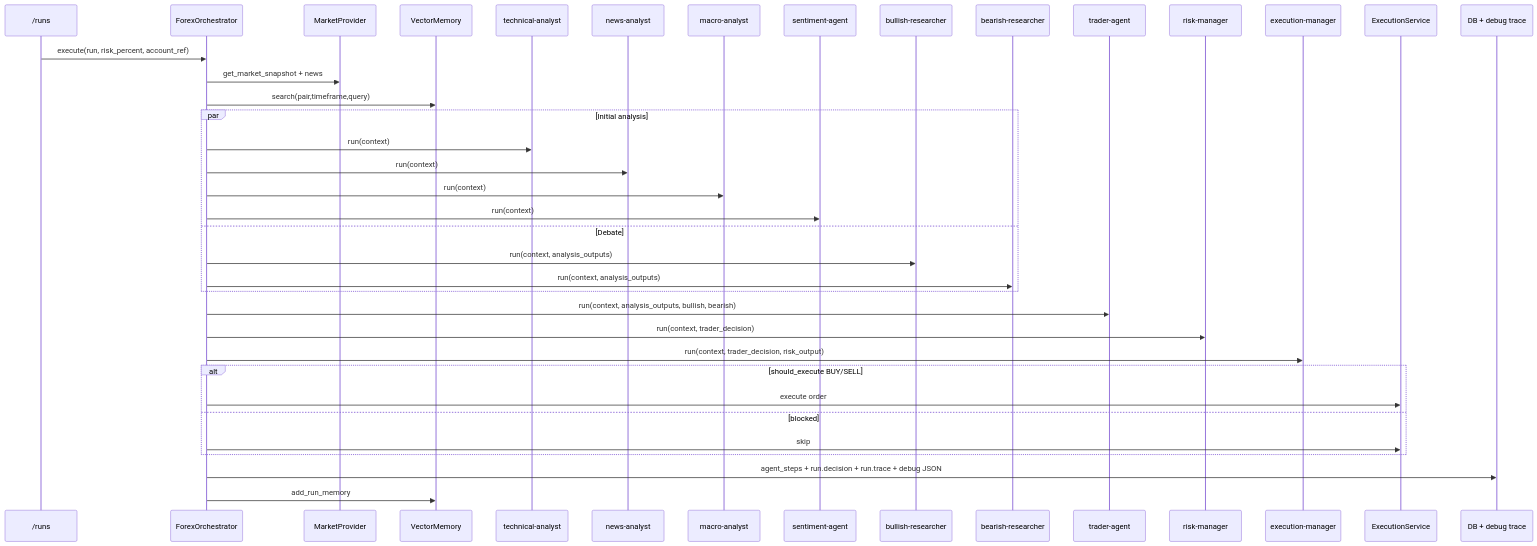
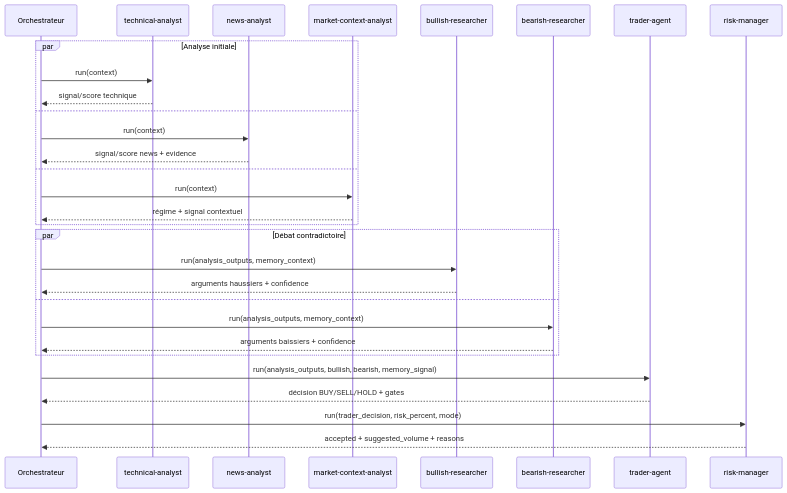
Before and after one commit to simodev25/MultiAgentTrading: the second of 6 diagrams in docs/agents-architecture.md, drawn with Mermaid. The commit also changed other lines of this file and 8 other files, not shown here.

````diff
--- a/docs/agents-architecture.md
+++ b/docs/agents-architecture.md
@@ -151,41 +165,36 @@
 ```mermaid
 sequenceDiagram
-    participant API as /runs
-    participant ORCH as ForexOrchestrator
-    participant MKT as MarketProvider
-    participant MEM as VectorMemory
-    participant TECH as technical-analyst
-    participant NEWS as news-analyst
-    participant MACRO as macro-analyst
-    participant SENT as sentiment-agent
+    participant O as Orchestrateur
+    participant T as technical-analyst
+    participant N as news-analyst
+    participant M as market-context-analyst
     participant BULL as bullish-researcher
     participant BEAR as bearish-researcher
     participant TR as trader-agent
-    participant RISK as risk-manager
-    participant EXM as execution-manager
-    participant EX as ExecutionService
-    participant DB as DB + debug trace
+    participant R as risk-manager
 
-    API->>ORCH: execute(run, risk_percent, account_ref)
-    ORCH->>MKT: get_market_snapshot + news
-    ORCH->>MEM: search(pair,timeframe,query)
-    par Initial analysis
-      ORCH->>TECH: run(context)
-      ORCH->>NEWS: run(context)
-      ORCH->>MACRO: run(context)
-      ORCH->>SENT: run(context)
-    and Debate
-      ORCH->>BULL: run(context, analysis_outputs)
-      ORCH->>BEAR: run(context, analysis_outputs)
+    par Analyse initiale
+        O->>T: run(context)
+        T-->>O: signal/score technique
+    and
+        O->>N: run(context)
+        N-->>O: signal/score news + evidence
+    and
+        O->>M: run(context)
+        M-->>O: régime + signal contextuel
     end
-    ORCH->>TR: run(context, analysis_outputs, bullish, bearish)
-    ORCH->>RISK: run(context, trader_decision)
-    ORCH->>EXM: run(context, trader_decision, risk_output)
-    alt should_execute BUY/SELL
-      ORCH->>EX: execute order
-    else blocked
-      ORCH->>EX: skip
+
+    par Débat contradictoire
+        O->>BULL: run(analysis_outputs, memory_context)
+        BULL-->>O: arguments haussiers + confidence
+    and
+        O->>BEAR: run(analysis_outputs, memory_context)
+        BEAR-->>O: arguments baissiers + confidence
     end
-    ORCH->>DB: agent_steps + run.decision + run.trace + debug JSON
-    ORCH->>MEM: add_run_memory
+
+    O->>TR: run(analysis_outputs, bullish, bearish, memory_signal)
+    TR-->>O: décision BUY/SELL/HOLD + gates
+
+    O->>R: run(trader_decision, risk_percent, mode)
+    R-->>O: accepted + suggested_volume + reasons
 ```
````
